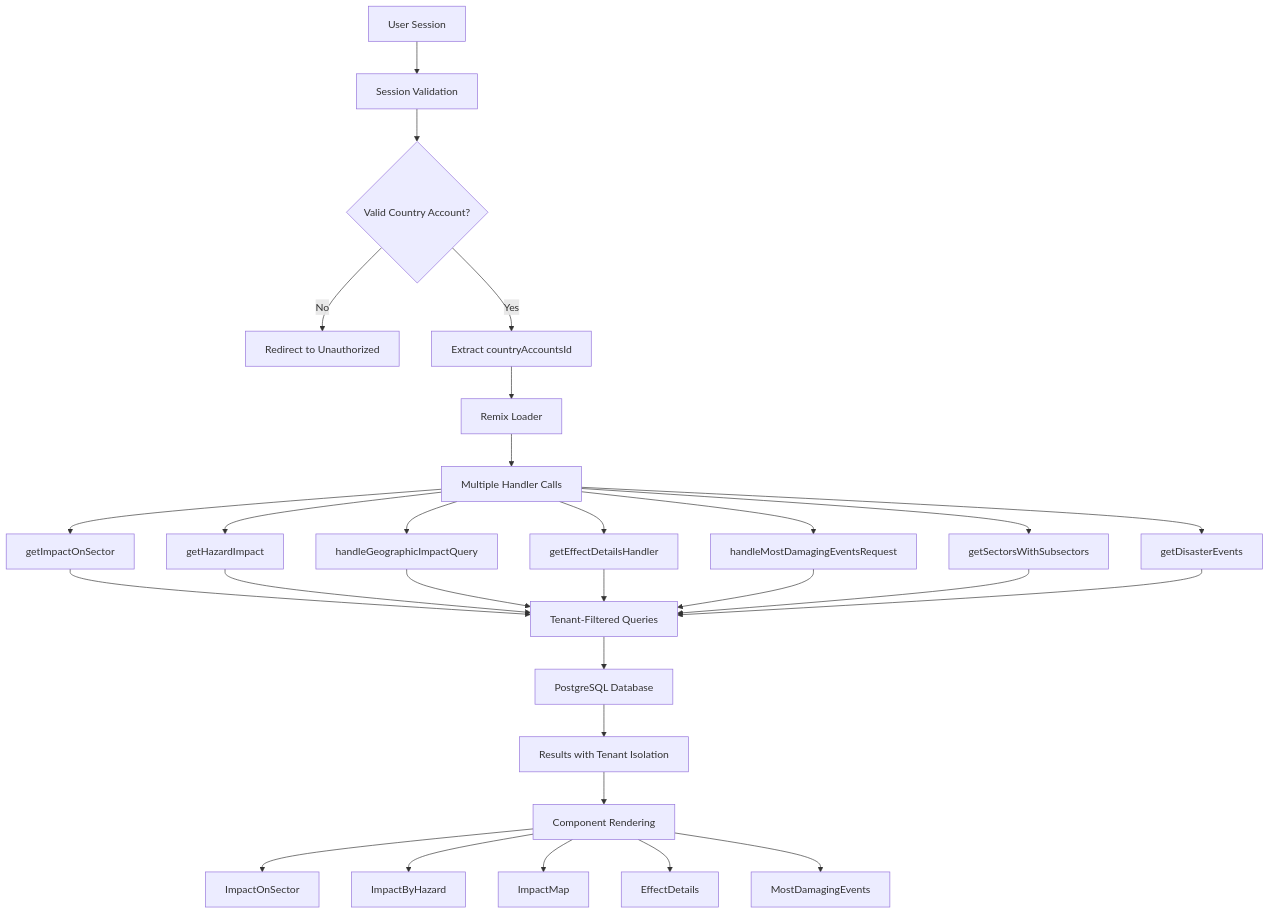
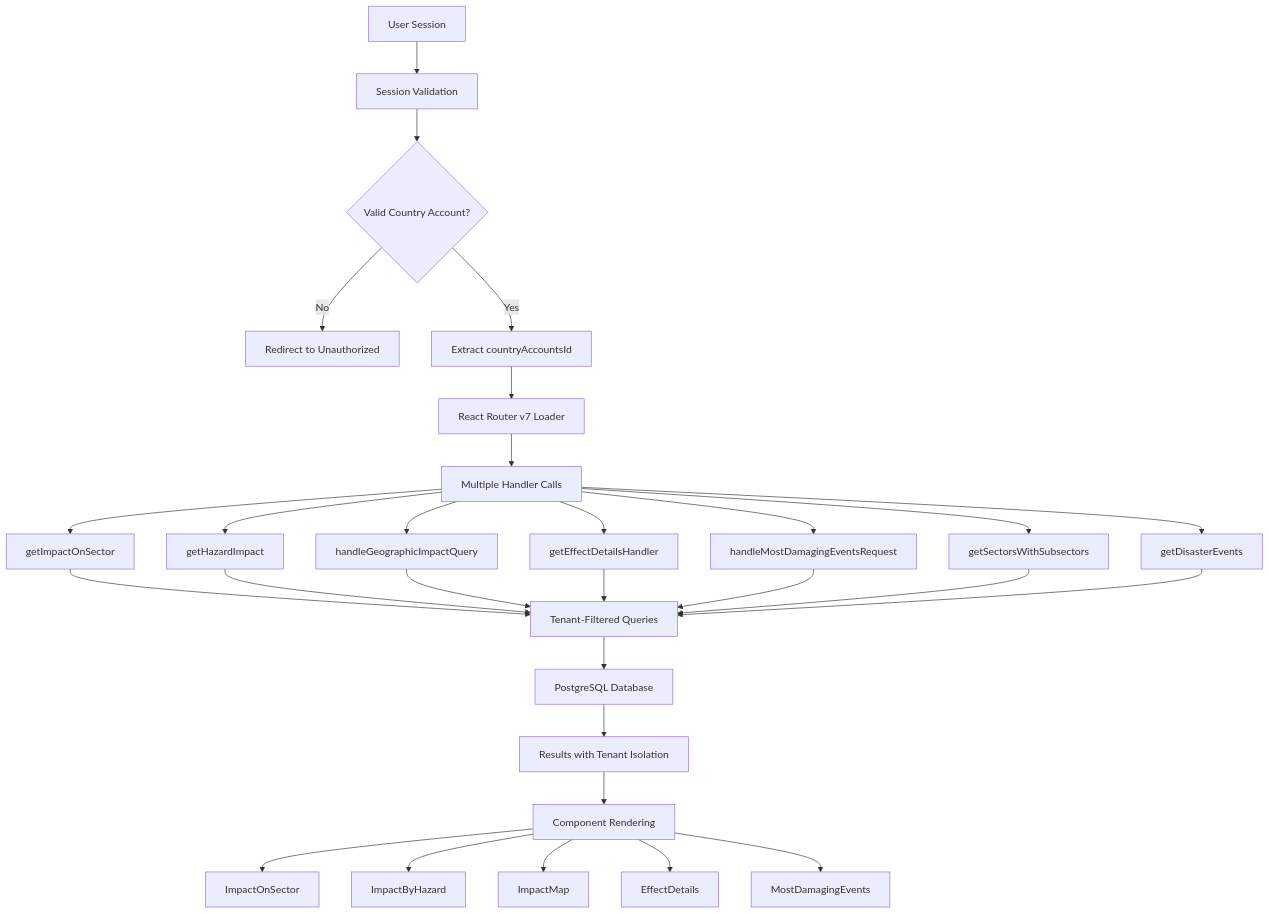
One commit to unisdr/DELTA changed the first of 4 diagrams in _docs/dashboards/sectors/developer-guide.md. Above: the diagram before and after it, drawn with Mermaid. The commit also changed other lines of this file and 37 other files, not shown here.

````diff
--- a/_docs/dashboards/sectors/developer-guide.md
+++ b/_docs/dashboards/sectors/developer-guide.md
@@ -244,36 +244,36 @@
 ```mermaid
 graph TD
     A[User Session] --> B[Session Validation]
     B --> C{Valid Country Account?}
     C -->|No| D[Redirect to Unauthorized]
     C -->|Yes| E[Extract countryAccountsId]
 
-    E --> F[Remix Loader]
+    E --> F[React Router v7 Loader]
     F --> G[Multiple Handler Calls]
 
     G --> H[getImpactOnSector]
     G --> I[getHazardImpact]
     G --> J[handleGeographicImpactQuery]
     G --> K[getEffectDetailsHandler]
     G --> L[handleMostDamagingEventsRequest]
     G --> M[getSectorsWithSubsectors]
     G --> N[getDisasterEvents]
 
     H --> O[Tenant-Filtered Queries]
     I --> O
     J --> O
     K --> O
     L --> O
     M --> O
     N --> O
 
     O --> P[PostgreSQL Database]
     P --> Q[Results with Tenant Isolation]
 
     Q --> R[Component Rendering]
     R --> S[ImpactOnSector]
     R --> T[ImpactByHazard]
     R --> U[ImpactMap]
     R --> V[EffectDetails]
     R --> W[MostDamagingEvents]
 ```
````
